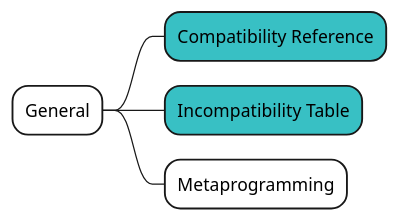
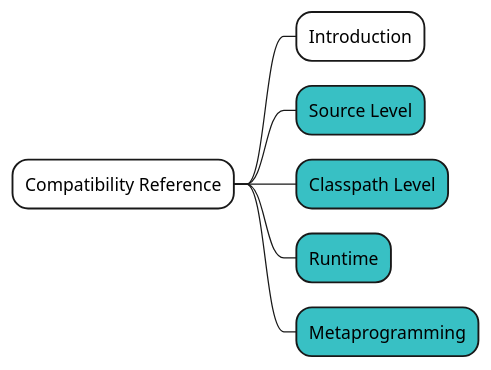
One commit to shinharad/getting-started-with-scala3 changed the second of 7 diagrams in docs/step01/04_Migration_guideを俯瞰してみる.md. Above: the diagram before and after it, drawn with PlantUML. The commit also changed other lines of this file and 6 other files, not shown here.

````diff
--- a/docs/step01/04_Migration_guideを俯瞰してみる.md
+++ b/docs/step01/04_Migration_guideを俯瞰してみる.md
@@ -40,8 +40,10 @@
 ```plantuml
 @startmindmap
-*[#fff] General
-**[#38c0c4] Compatibility Reference
-**[#38c0c4] Incompatibility Table
-**[#fff] Metaprogramming
+*[#fff] Compatibility Reference
+**[#fff] Introduction
+**[#38c0c4] Source Level
+**[#38c0c4] Classpath Level
+**[#38c0c4] Runtime
+**[#38c0c4] Metaprogramming
 @endmindmap
 ```
````
